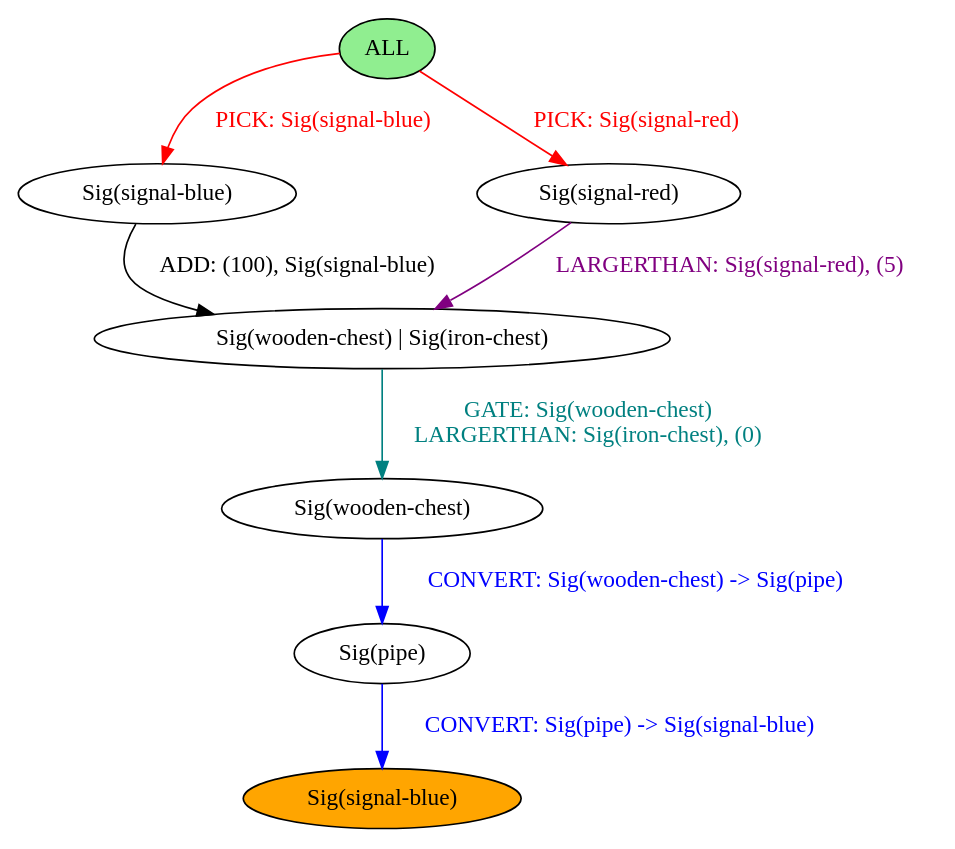
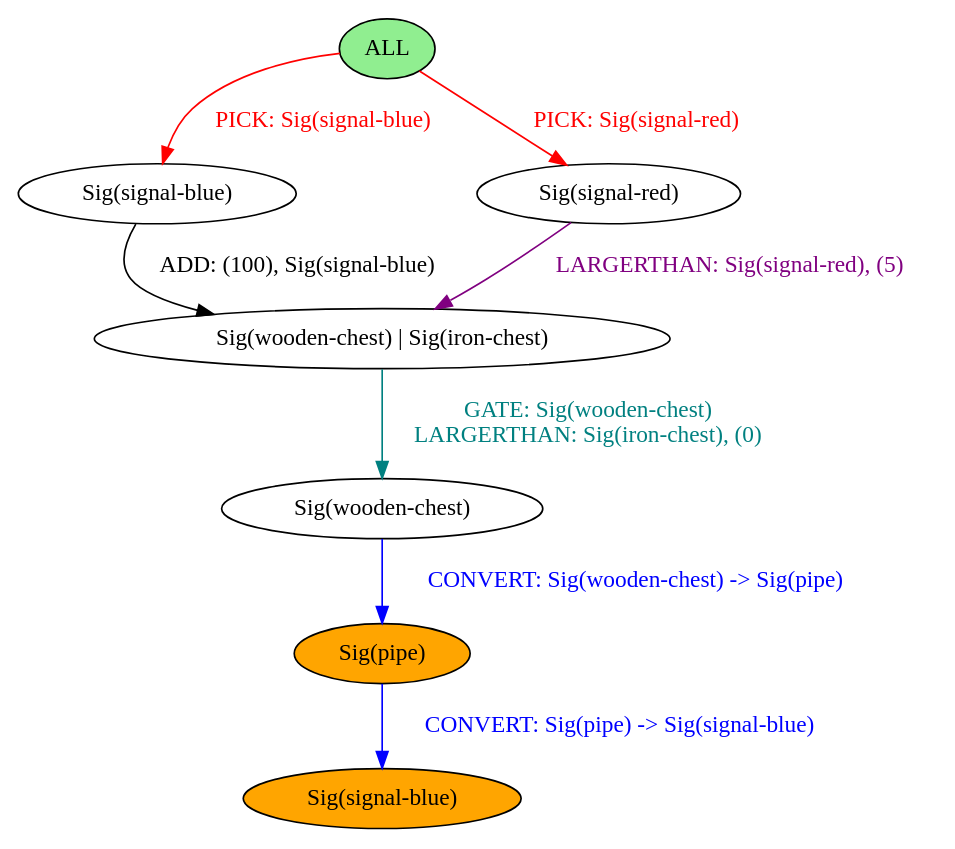
The diagram in chef/example_outputs/when_simple.dot (BalderHolst/chef), drawn with Graphviz before and after one commit. The commit also changed 10 other files, not shown here.

Commit message:
Update and check new compiled dot graphs

```diff
--- a/chef/example_outputs/when_simple.dot
+++ b/chef/example_outputs/when_simple.dot
@@ -1,18 +1,18 @@
 strict digraph {
 	nodesep=1
 	7	[style=filled fillcolor=white label="Sig(signal-blue)"]
 	0	[style=filled fillcolor=lightgreen label="ALL"]
 	3	[style=filled fillcolor=white label="Sig(signal-red)"]
-	12	[style=filled fillcolor=orange label="Sig(signal-blue)"]
 	9	[style=filled fillcolor=white label="Sig(wooden-chest)"]
 	8	[style=filled fillcolor=white label="Sig(wooden-chest) | Sig(iron-chest)"]
-	11	[style=filled fillcolor=white label="Sig(pipe)"]
+	11	[style=filled fillcolor=orange label="Sig(signal-blue)"]
+	10	[style=filled fillcolor=orange label="Sig(pipe)"]
 	7 -> 8	[label="ADD: (100), Sig(signal-blue)" color=black fontcolor=black]
 	0 -> 3	[label="PICK: Sig(signal-red)" color=red fontcolor=red]
 	0 -> 7	[label="PICK: Sig(signal-blue)" color=red fontcolor=red]
 	3 -> 8	[label="LARGERTHAN: Sig(signal-red), (5)" color=purple fontcolor=purple]
-	9 -> 11	[label="CONVERT: Sig(wooden-chest) -> Sig(pipe)" color=blue fontcolor=blue]
+	9 -> 10	[label="CONVERT: Sig(wooden-chest) -> Sig(pipe)" color=blue fontcolor=blue]
 	8 -> 9	[label="GATE: Sig(wooden-chest)
 LARGERTHAN: Sig(iron-chest), (0)" color=teal fontcolor=teal]
-	11 -> 12	[label="CONVERT: Sig(pipe) -> Sig(signal-blue)" color=blue fontcolor=blue]
+	10 -> 11	[label="CONVERT: Sig(pipe) -> Sig(signal-blue)" color=blue fontcolor=blue]
 }
```
